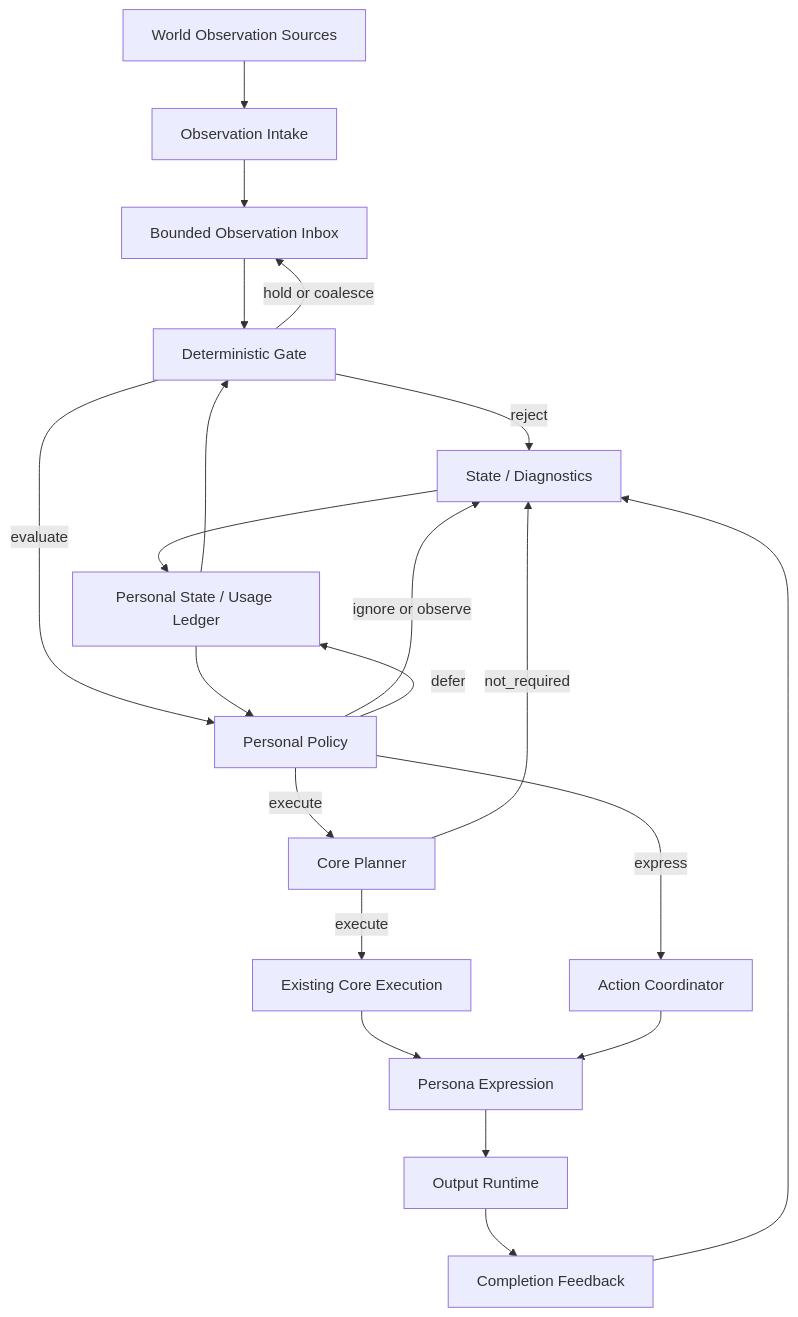
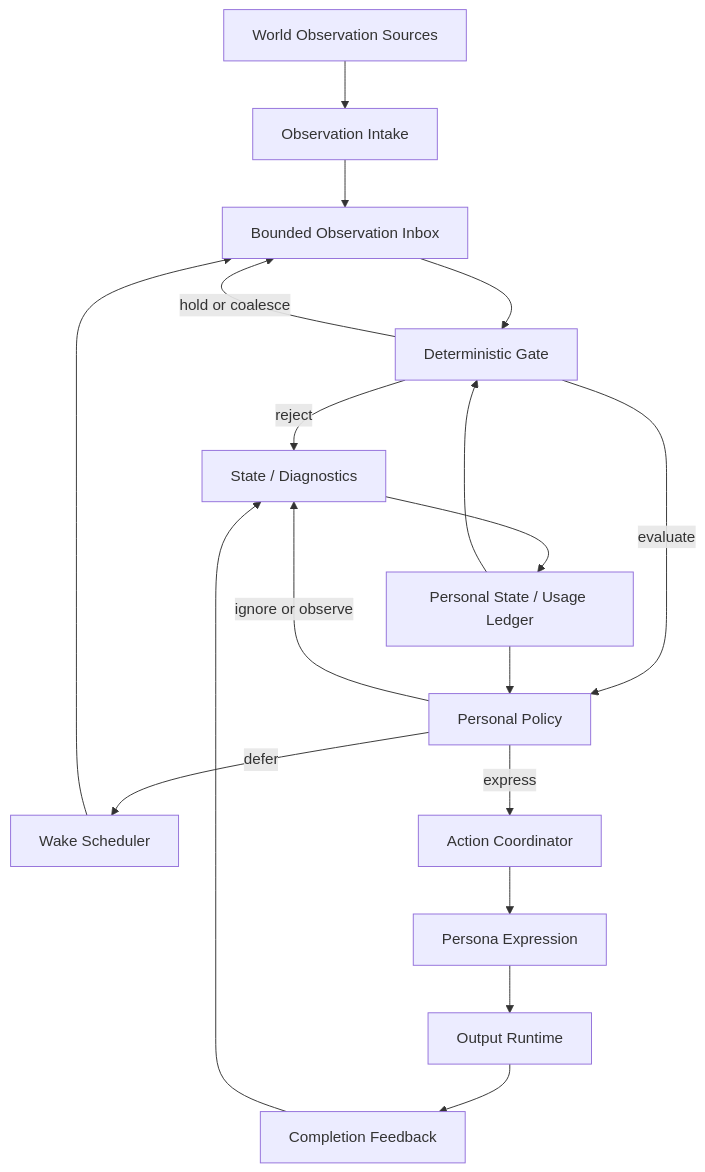
One commit to murphys7017/AG99 changed the diagram in docs/Yakumo/dev/autonomous-persona-runtime-initial-plan.md. Above: the diagram before and after it, drawn with Mermaid. The commit also changed other lines of this file and 30 other files, not shown here.

````diff
--- a/docs/Yakumo/dev/autonomous-persona-runtime-initial-plan.md
+++ b/docs/Yakumo/dev/autonomous-persona-runtime-initial-plan.md
@@ -87,23 +86,20 @@
 ```mermaid
 flowchart TD
     WORLD["World Observation Sources"] --> INTAKE["Observation Intake"]
     INTAKE --> INBOX["Bounded Observation Inbox"]
     INBOX --> GATE["Deterministic Gate"]
     GATE -->|reject| FEEDBACK["State / Diagnostics"]
     GATE -->|hold or coalesce| INBOX
     GATE -->|evaluate| POLICY["Personal Policy"]
     POLICY -->|ignore or observe| FEEDBACK
-    POLICY -->|defer| STATE
+    POLICY -->|defer| WAKE["Wake Scheduler"]
+    WAKE --> INBOX
     POLICY -->|express| ACTION["Action Coordinator"]
-    POLICY -->|execute| PLANNER["Core Planner"]
-    PLANNER -->|not_required| FEEDBACK
-    PLANNER -->|execute| CORE["Existing Core Execution"]
-    CORE --> PERSONA
     ACTION --> PERSONA["Persona Expression"]
     PERSONA --> OUTPUT["Output Runtime"]
     OUTPUT --> COMPLETION["Completion Feedback"]
     COMPLETION --> FEEDBACK
     FEEDBACK --> STATE["Personal State / Usage Ledger"]
     STATE --> GATE
     STATE --> POLICY
 ```
````
